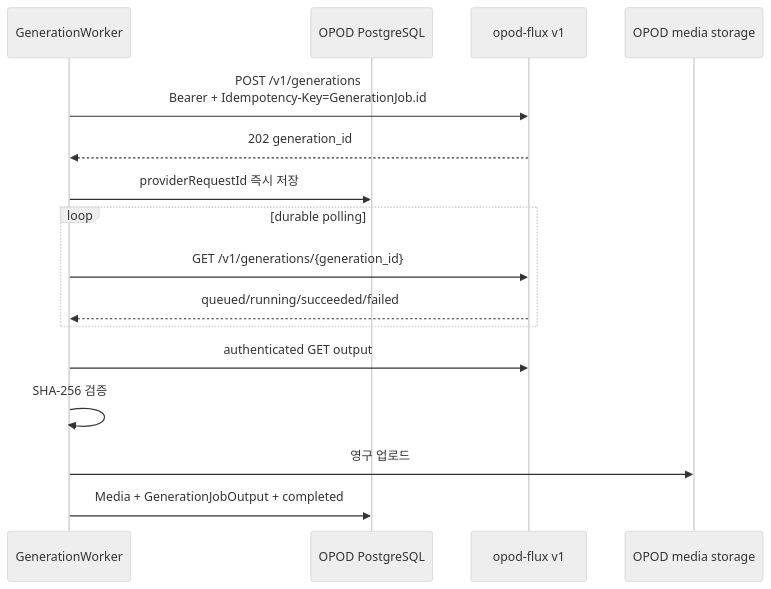
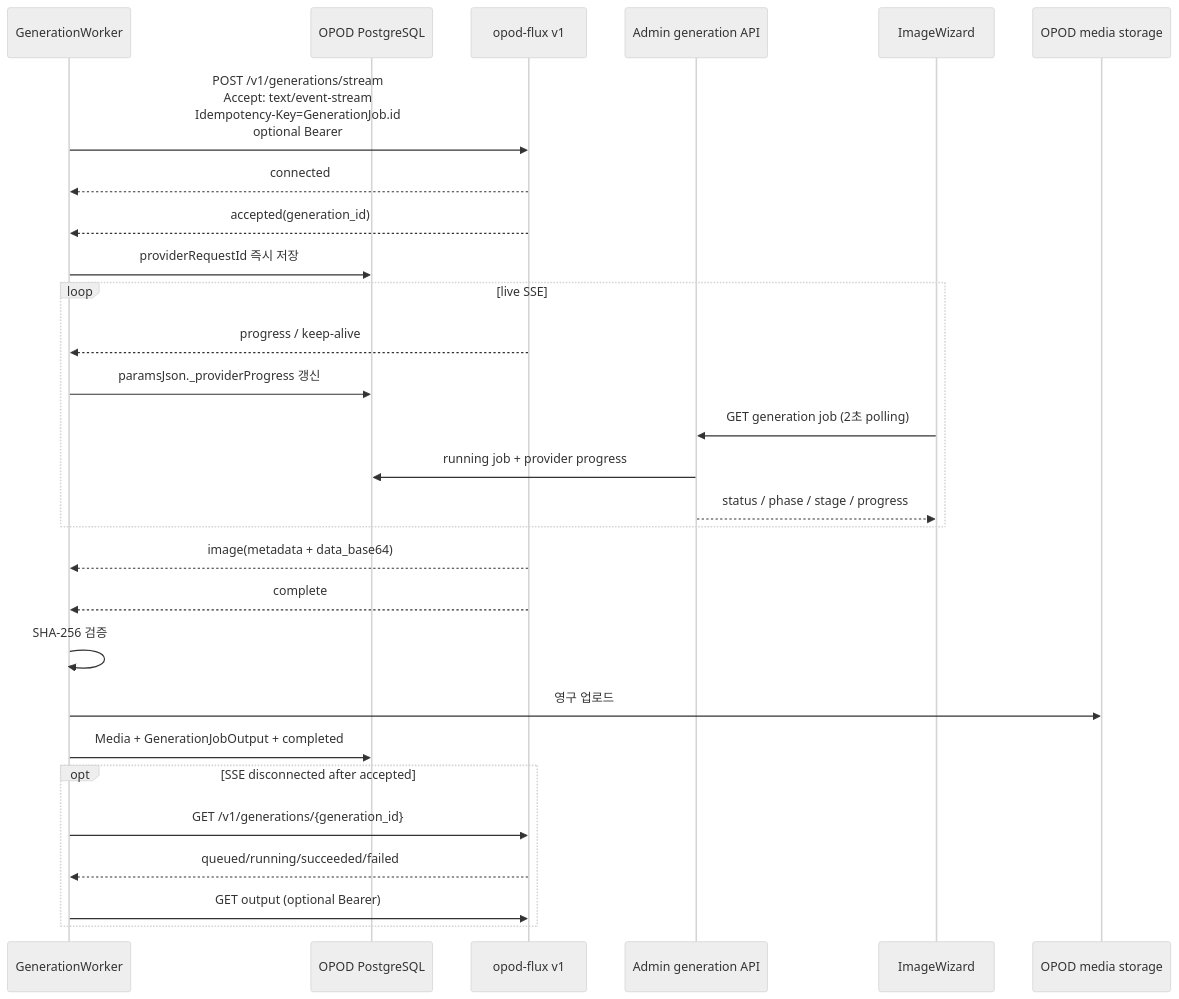
Before and after one commit to TaehoHong/opod-admin: the second of 2 diagrams in docs/opod-flux-v1-integration.md, drawn with Mermaid (neutral theme). The commit also changed other lines of this file and 20 other files, not shown here.

First line of the commit message:
feat: stream opod-flux image generation progress (#3)

````diff
--- a/docs/opod-flux-v1-integration.md
+++ b/docs/opod-flux-v1-integration.md
@@ -111,19 +115,31 @@
 ```mermaid
 sequenceDiagram
     participant GW as GenerationWorker
     participant DB as OPOD PostgreSQL
     participant Flux as opod-flux v1
+    participant API as Admin generation API
+    participant UI as ImageWizard
     participant S3 as OPOD media storage
 
-    GW->>Flux: POST /v1/generations<br/>Bearer + Idempotency-Key=GenerationJob.id
-    Flux-->>GW: 202 generation_id
+    GW->>Flux: POST /v1/generations/stream<br/>Accept: text/event-stream<br/>Idempotency-Key=GenerationJob.id<br/>optional Bearer
+    Flux-->>GW: connected
+    Flux-->>GW: accepted(generation_id)
     GW->>DB: providerRequestId 즉시 저장
-    loop durable polling
-        GW->>Flux: GET /v1/generations/{generation_id}
-        Flux-->>GW: queued/running/succeeded/failed
+    loop live SSE
+        Flux-->>GW: progress / keep-alive
+        GW->>DB: paramsJson._providerProgress 갱신
+        UI->>API: GET generation job (2초 polling)
+        API->>DB: running job + provider progress
+        API-->>UI: status / phase / stage / progress
     end
-    GW->>Flux: authenticated GET output
+    Flux-->>GW: image(metadata + data_base64)
+    Flux-->>GW: complete
     GW->>GW: SHA-256 검증
     GW->>S3: 영구 업로드
     GW->>DB: Media + GenerationJobOutput + completed
+    opt SSE disconnected after accepted
+        GW->>Flux: GET /v1/generations/{generation_id}
+        Flux-->>GW: queued/running/succeeded/failed
+        GW->>Flux: GET output (optional Bearer)
+    end
 ```
````
